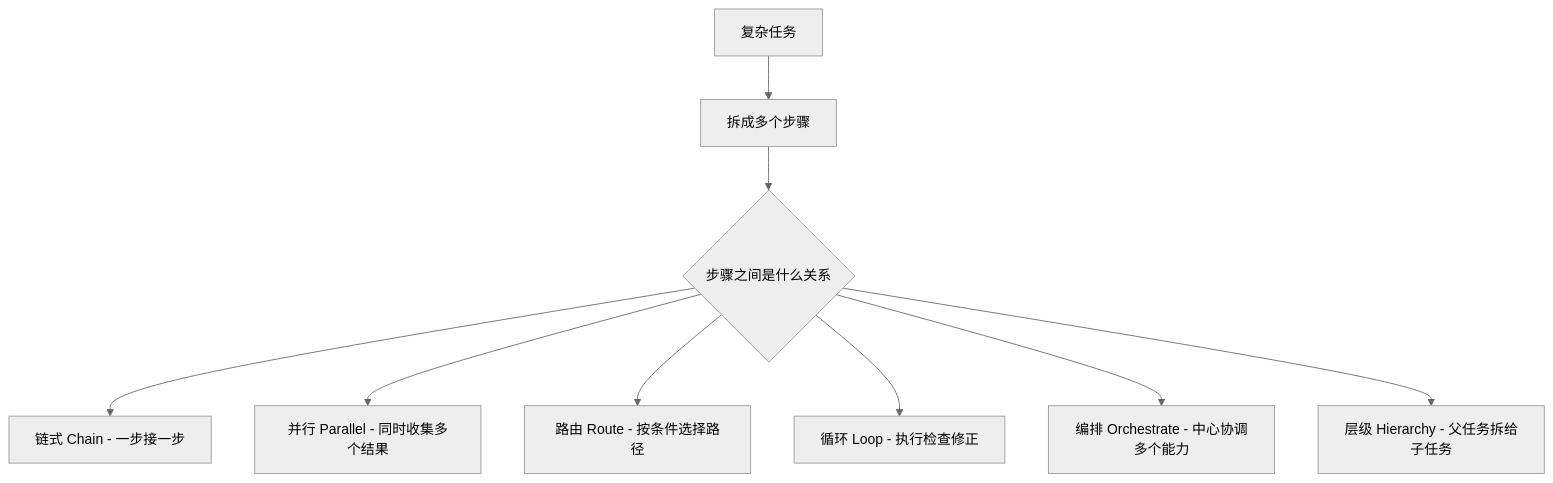
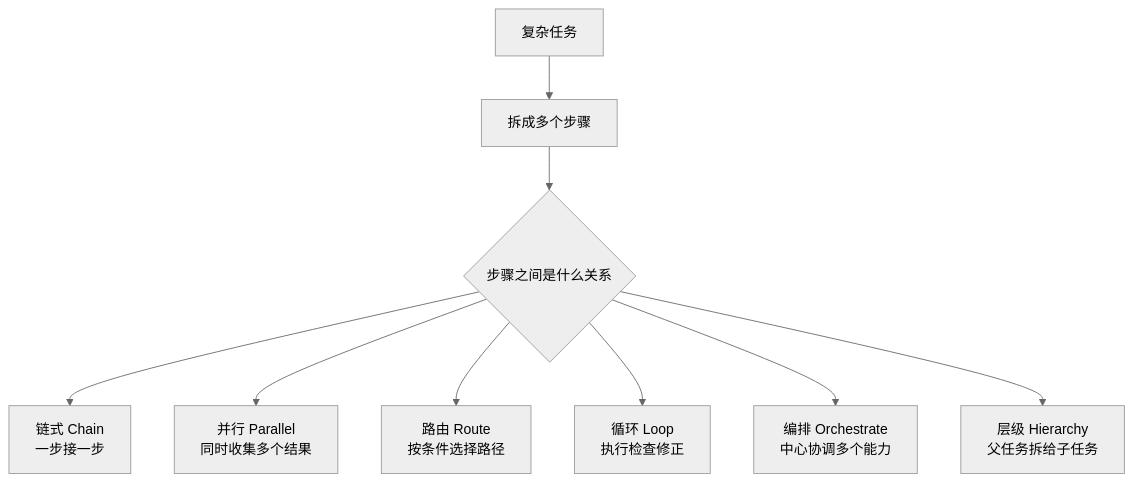
The second of 13 diagrams in src/content/blog/soft-orchestration-in-skills.md (sulifreely/hannah), drawn with Mermaid (neutral theme) before and after one commit. The commit also changed other lines of this file and 20 other files, not shown here.

Commit message:
chore: rewrite diagrams

````diff
--- a/src/content/blog/soft-orchestration-in-skills.md
+++ b/src/content/blog/soft-orchestration-in-skills.md
@@ -67,20 +73,20 @@
 ```mermaid
 flowchart TD
-    A[复杂任务]
-    B[拆成多个步骤]
-    C{步骤之间是什么关系}
-    D[链式 Chain - 一步接一步]
-    E[并行 Parallel - 同时收集多个结果]
-    F[路由 Route - 按条件选择路径]
-    G[循环 Loop - 执行检查修正]
-    H[编排 Orchestrate - 中心协调多个能力]
-    I[层级 Hierarchy - 父任务拆给子任务]
+    A["复杂任务"]
+    B["拆成多个步骤"]
+    C{"步骤之间是什么关系"}
+    D["链式 Chain<br/>一步接一步"]
+    E["并行 Parallel<br/>同时收集多个结果"]
+    F["路由 Route<br/>按条件选择路径"]
+    G["循环 Loop<br/>执行检查修正"]
+    H["编排 Orchestrate<br/>中心协调多个能力"]
+    I["层级 Hierarchy<br/>父任务拆给子任务"]
     A --> B
     B --> C
     C --> D
     C --> E
     C --> F
     C --> G
     C --> H
     C --> I
 ```
````
